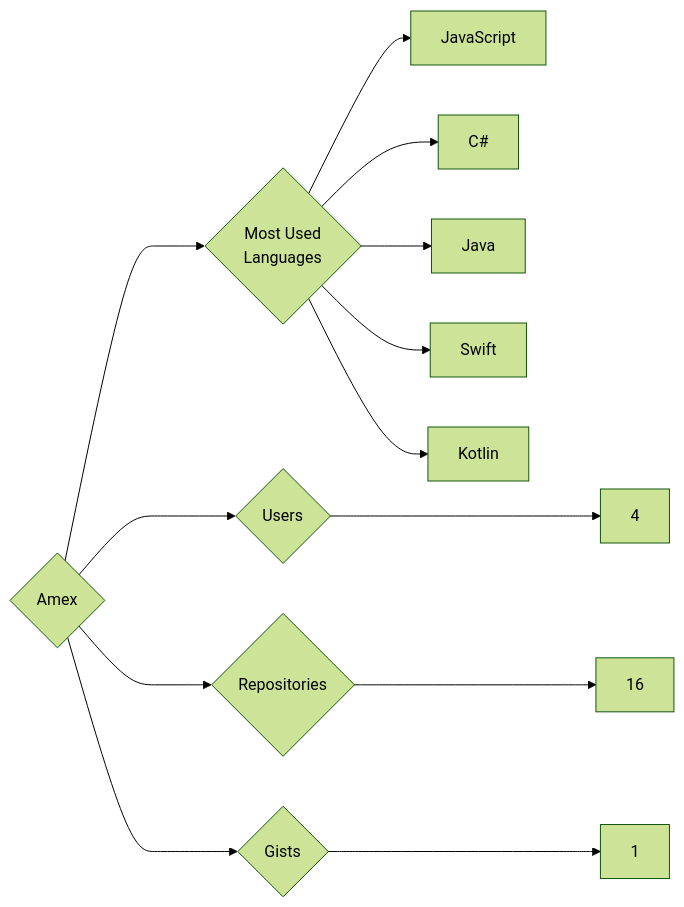
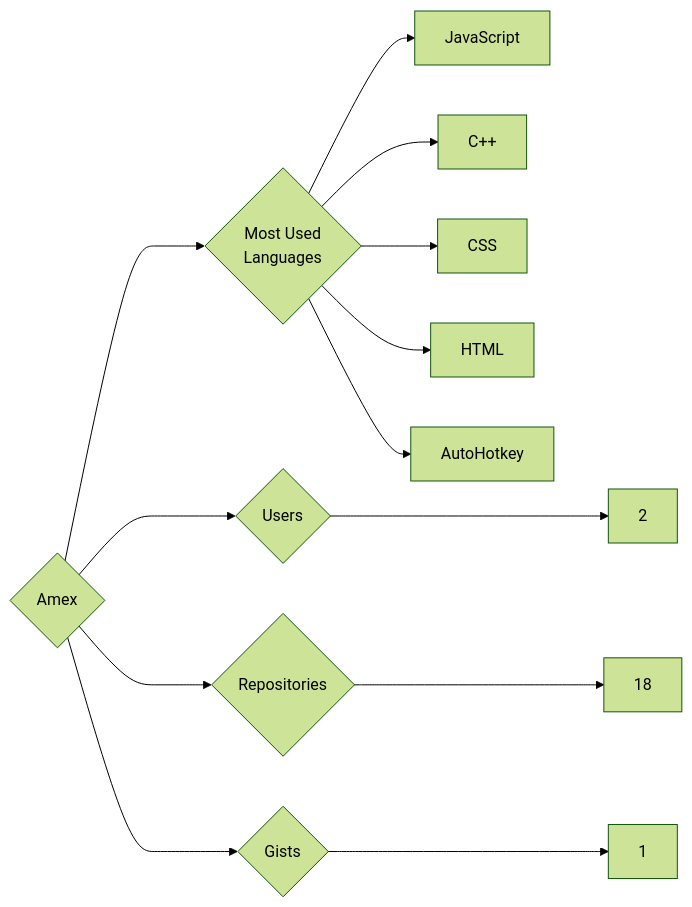
Before and after one commit to trickest/insiders: the diagram in targets/Amex/README.md, drawn with Mermaid (forest theme). The commit also changed 679 other files, not shown here.

````diff
--- a/targets/Amex/README.md
+++ b/targets/Amex/README.md
@@ -3,13 +3,13 @@
 ```mermaid
 graph LR
 COMPANY_NAME{Amex}
-COMPANY_NAME ---> U{Users} ---> UN[4]
-COMPANY_NAME ---> R{Repositories} ---> RN[16]
+COMPANY_NAME ---> U{Users} ---> UN[2]
+COMPANY_NAME ---> R{Repositories} ---> RN[18]
 COMPANY_NAME ---> G{Gists} ---> GN[1]
 COMPANY_NAME ---> ML{Most Used<br>Languages}
 ML --> JavaScript[JavaScript]
-ML --> C#[C#]
-ML --> Java[Java]
-ML --> Swift[Swift]
-ML --> Kotlin[Kotlin]
+ML --> C++[C++]
+ML --> CSS[CSS]
+ML --> HTML[HTML]
+ML --> AutoHotkey[AutoHotkey]
 ```
````
